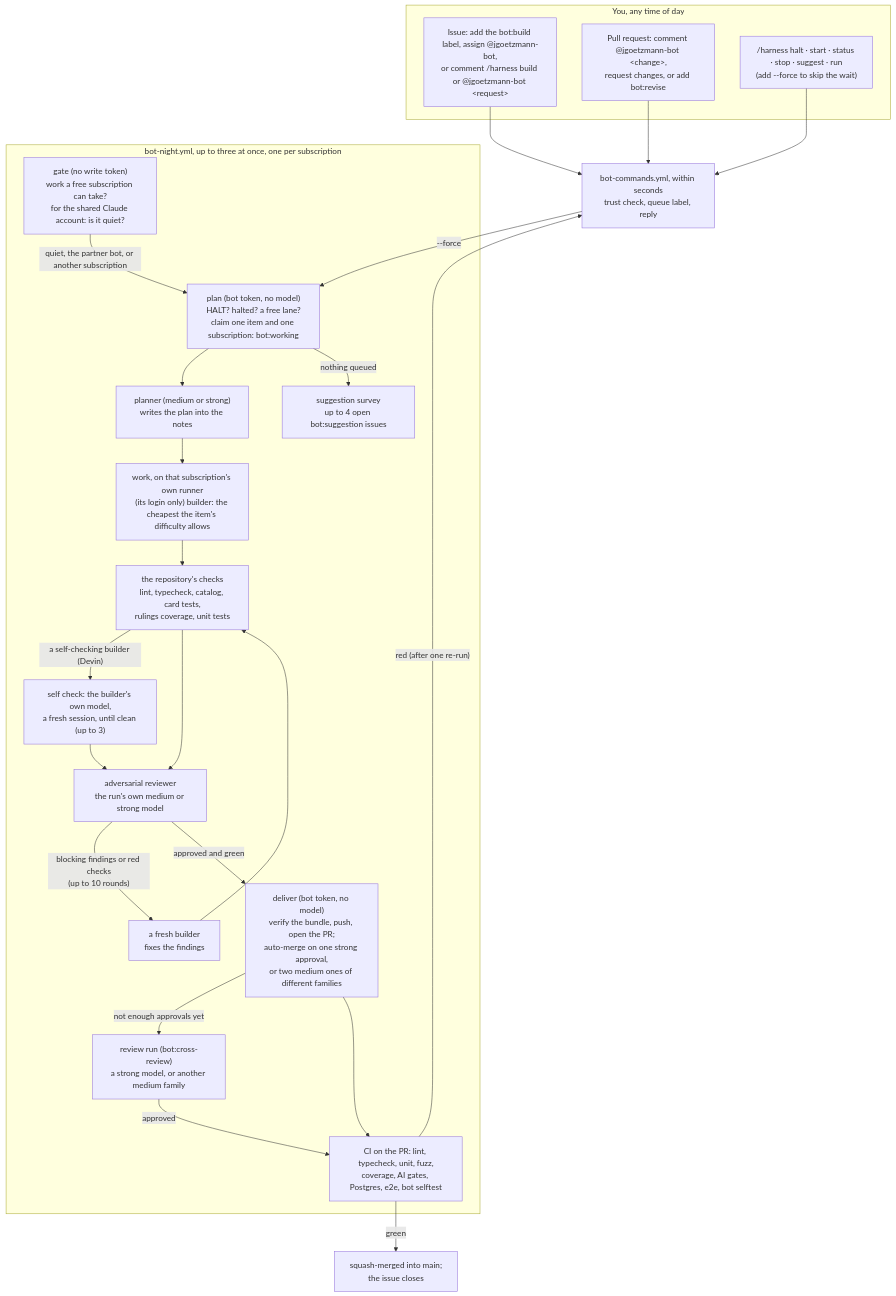
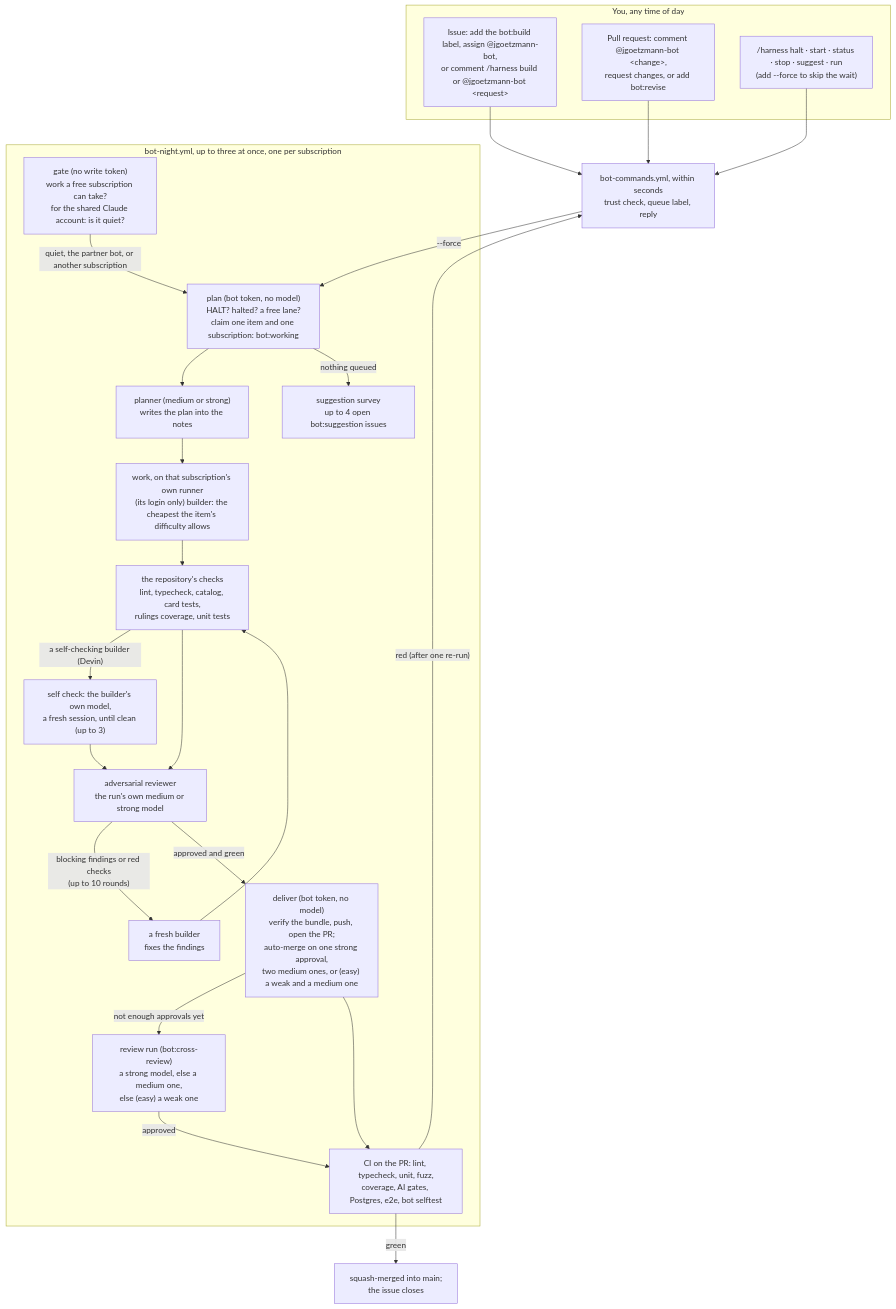
Before and after one commit to Jlore-Studios/JackiOh: the diagram in bot/README.md, drawn with Mermaid. The commit also changed other lines of this file and 11 other files, not shown here.

````diff
--- a/bot/README.md
+++ b/bot/README.md
@@ -23,33 +24,33 @@
 ```mermaid
 flowchart TD
   subgraph you["You, any time of day"]
     I["Issue: add the bot:build label, assign @jgoetzmann-bot,<br/>or comment /harness build or @jgoetzmann-bot &lt;request&gt;"]
     P["Pull request: comment @jgoetzmann-bot &lt;change&gt;,<br/>request changes, or add bot:revise"]
     K["/harness halt · start · status · stop · suggest · run<br/>(add --force to skip the wait)"]
   end
   I --> E
   P --> E
   K --> E
   E["bot-commands.yml, within seconds<br/>trust check, queue label, reply"]
   E -- "--force" --> PL
   subgraph night["bot-night.yml, up to three at once, one per subscription"]
     GA["gate (no write token)<br/>work a free subscription can take?<br/>for the shared Claude account: is it quiet?"]
     GA -- "quiet, the partner bot, or another subscription" --> PL
     PL["plan (bot token, no model)<br/>HALT? halted? a free lane?<br/>claim one item and one subscription: bot:working"]
     PL --> PN["planner (medium or strong)<br/>writes the plan into the notes"]
     PN --> B["work, on that subscription's own runner<br/>(its login only) builder: the cheapest the item's difficulty allows"]
     B --> G["the repository's checks<br/>lint, typecheck, catalog, card tests,<br/>rulings coverage, unit tests"]
     G -- "a self-checking builder (Devin)" --> SC["self check: the builder's own model,<br/>a fresh session, until clean (up to 3)"]
     SC --> R
     G --> R["adversarial reviewer<br/>the run's own medium or strong model"]
     R -- "blocking findings or red checks<br/>(up to 10 rounds)" --> F["a fresh builder<br/>fixes the findings"]
     F --> G
-    R -- "approved and green" --> D["deliver (bot token, no model)<br/>verify the bundle, push, open the PR;<br/>auto-merge on one strong approval,<br/>or two medium ones of different families"]
-    D -- "not enough approvals yet" --> X["review run (bot:cross-review)<br/>a strong model, or another medium family"]
+    R -- "approved and green" --> D["deliver (bot token, no model)<br/>verify the bundle, push, open the PR;<br/>auto-merge on one strong approval,<br/>two medium ones, or (easy) a weak and a medium one"]
+    D -- "not enough approvals yet" --> X["review run (bot:cross-review)<br/>a strong model, else a medium one,<br/>else (easy) a weak one"]
     X -- "approved" --> CI
     PL -- "nothing queued" --> S["suggestion survey<br/>up to 4 open bot:suggestion issues"]
   end
   D --> CI["CI on the PR: lint, typecheck, unit, fuzz,<br/>coverage, AI gates, Postgres, e2e, bot selftest"]
   CI -- "green" --> M["squash-merged into main;<br/>the issue closes"]
   CI -- "red (after one re-run)" --> E
 ```
````
